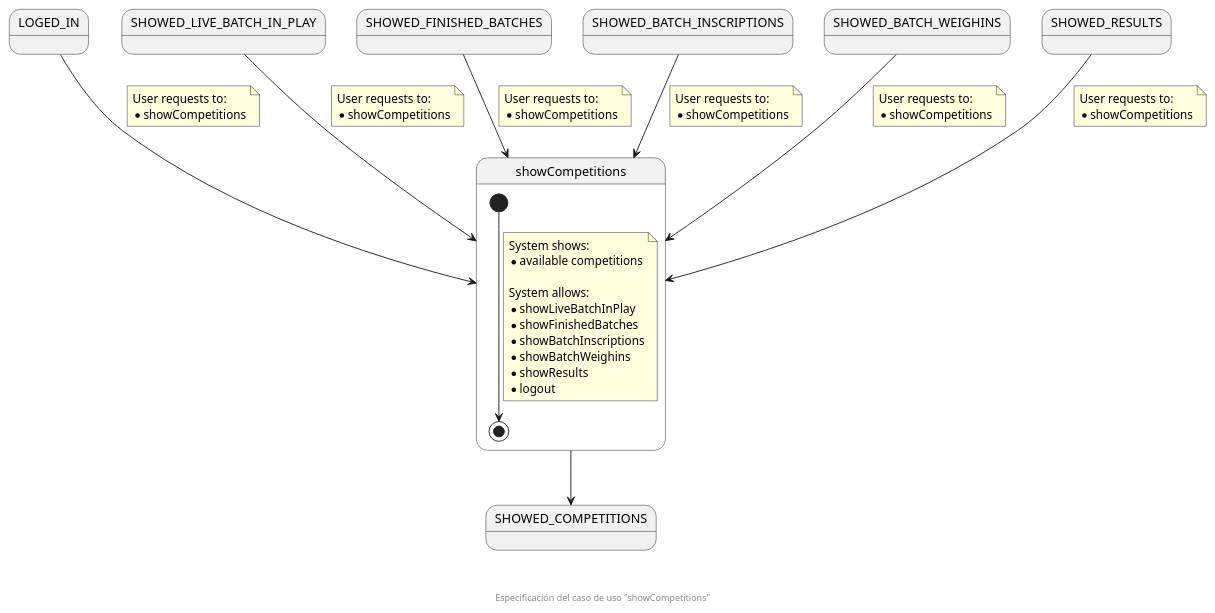
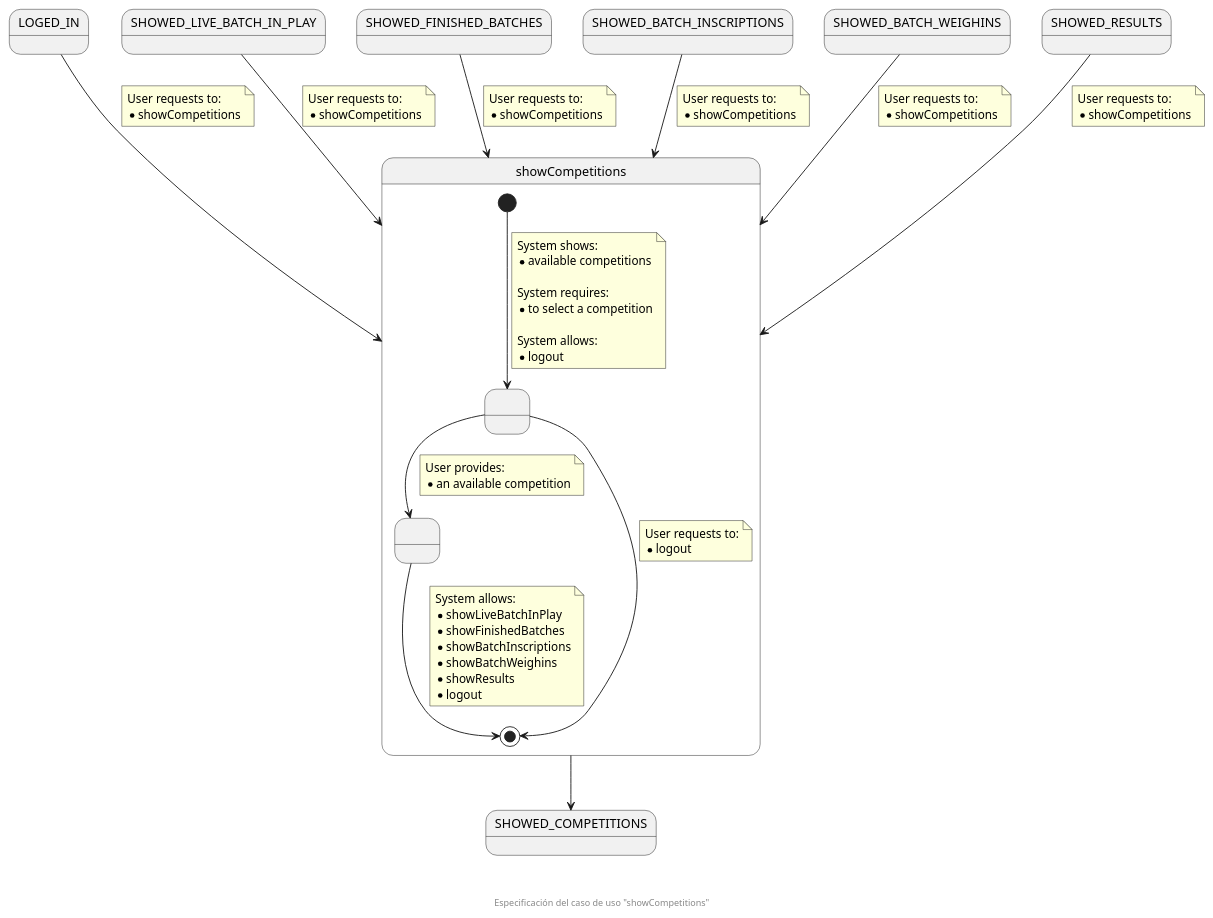
One commit to zuldare/mastercloud_pfm_halterocms changed the diagram in diagrams/useCasesSpecification/showCompetitions.puml. Above: the diagram before and after it, drawn with PlantUML.

Commit message:
Improve showCompetitions use case specification

```diff
--- a/diagrams/useCasesSpecification/showCompetitions.puml
+++ b/diagrams/useCasesSpecification/showCompetitions.puml
@@ -1,58 +1,78 @@
 @startuml
 state LOGED_IN
 state SHOWED_LIVE_BATCH_IN_PLAY
 state SHOWED_FINISHED_BATCHES
 state SHOWED_BATCH_INSCRIPTIONS
 state SHOWED_BATCH_WEIGHINS
 state SHOWED_RESULTS
 state showCompetitions {
-  [*] --> [*]
+  state " " as availableCompetitions
+  state " " as providedCompetition
+  [*] --> availableCompetitions
   note on link
     System shows:
     * available competitions
 
+    System requires:
+    * to select a competition
+
+    System allows:
+    * logout
+  end note
+  availableCompetitions --> [*]
+  note on link
+    User requests to:
+    * logout
+  end note
+  availableCompetitions --> providedCompetition
+  note on link
+    User provides:
+    * an available competition
+  end note
+  providedCompetition --> [*]
+  note on link
     System allows:
     * showLiveBatchInPlay
     * showFinishedBatches
     * showBatchInscriptions
     * showBatchWeighins
     * showResults
     * logout
   end note
 }
 state SHOWED_COMPETITIONS
 
 LOGED_IN --> showCompetitions
 note on link
   User requests to:
   * showCompetitions
 end note
 SHOWED_LIVE_BATCH_IN_PLAY --> showCompetitions
 note on link
   User requests to:
   * showCompetitions
 end note
 SHOWED_FINISHED_BATCHES --> showCompetitions
 note on link
   User requests to:
   * showCompetitions
 end note
 SHOWED_BATCH_INSCRIPTIONS --> showCompetitions
 note on link
   User requests to:
   * showCompetitions
 end note
 SHOWED_BATCH_WEIGHINS --> showCompetitions
 note on link
   User requests to:
   * showCompetitions
 end note
 SHOWED_RESULTS --> showCompetitions
 note on link
   User requests to:
   * showCompetitions
 end note
 showCompetitions --> SHOWED_COMPETITIONS
 
 footer \n\n\n Especificación del caso de uso "showCompetitions"
 @enduml
```
